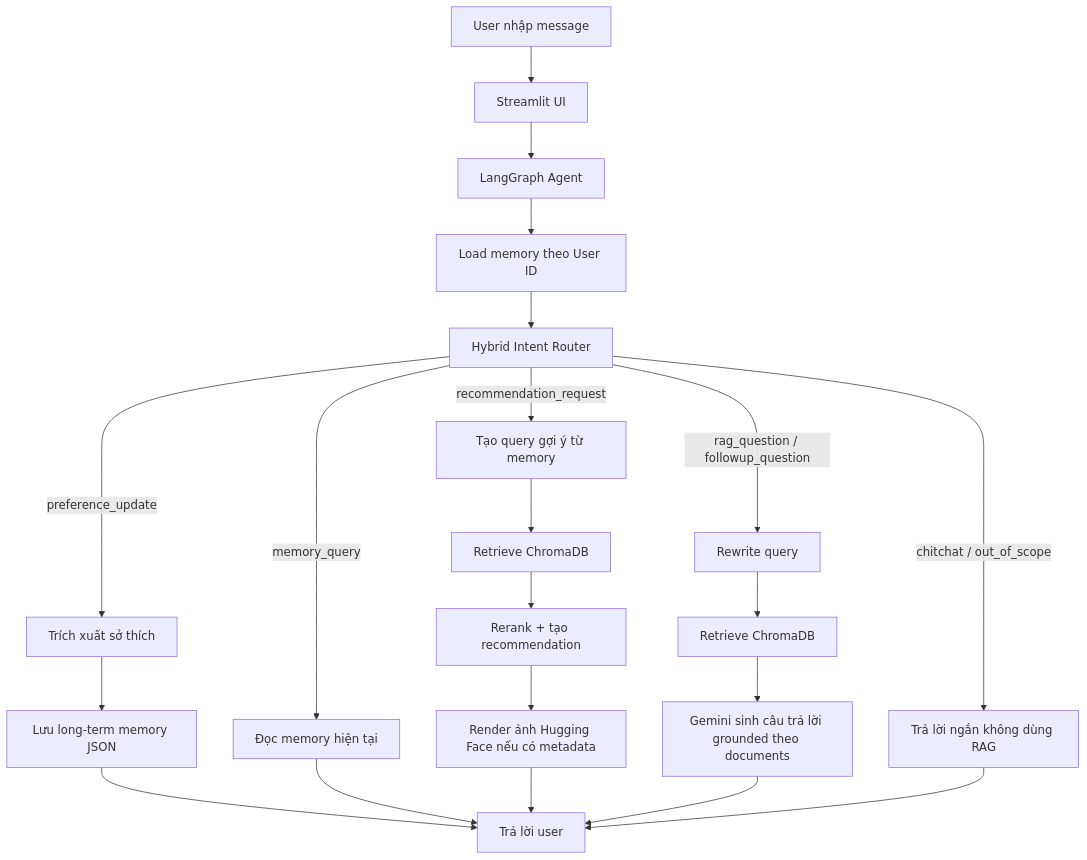
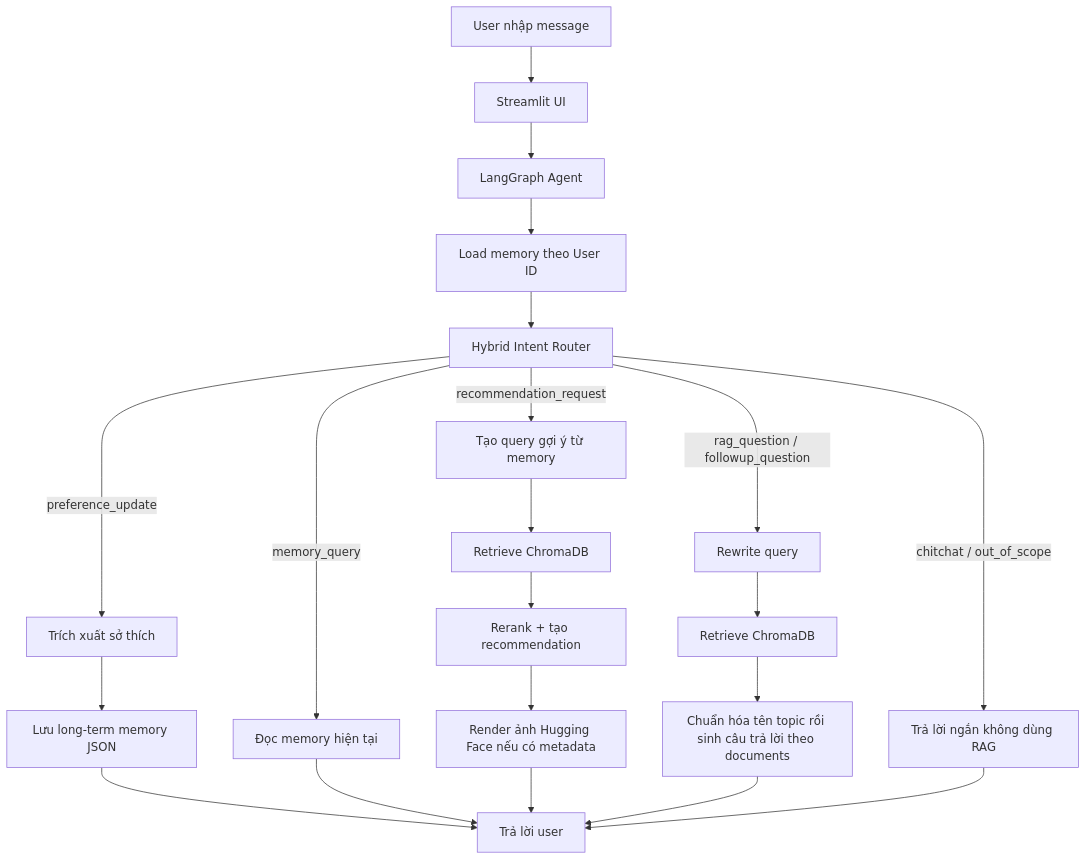
The diagram in README.md (KhanhDao1512/VietCulture_Rag), drawn with Mermaid before and after one commit. The commit also changed other lines of this file and 50 other files, not shown here.

````diff
--- a/README.md
+++ b/README.md
@@ -18,28 +31,28 @@
 ```mermaid
 flowchart TD
     A["User nhập message"] --> B["Streamlit UI"]
     B --> C["LangGraph Agent"]
     C --> D["Load memory theo User ID"]
     D --> E["Hybrid Intent Router"]
 
     E -->|"preference_update"| F["Trích xuất sở thích"]
     F --> G["Lưu long-term memory JSON"]
     G --> Z["Trả lời user"]
 
     E -->|"memory_query"| H["Đọc memory hiện tại"]
     H --> Z
 
     E -->|"recommendation_request"| I["Tạo query gợi ý từ memory"]
     I --> J["Retrieve ChromaDB"]
     J --> K["Rerank + tạo recommendation"]
     K --> L["Render ảnh Hugging Face nếu có metadata"]
     L --> Z
 
     E -->|"rag_question / followup_question"| M["Rewrite query"]
     M --> N["Retrieve ChromaDB"]
-    N --> O["Gemini sinh câu trả lời grounded theo documents"]
+    N --> O["Chuẩn hóa tên topic rồi sinh câu trả lời theo documents"]
     O --> Z
 
     E -->|"chitchat / out_of_scope"| P["Trả lời ngắn không dùng RAG"]
     P --> Z
 ```
````
